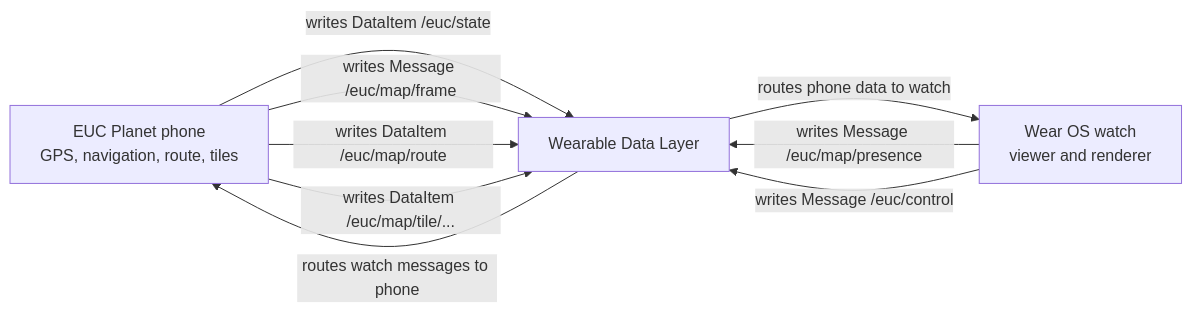
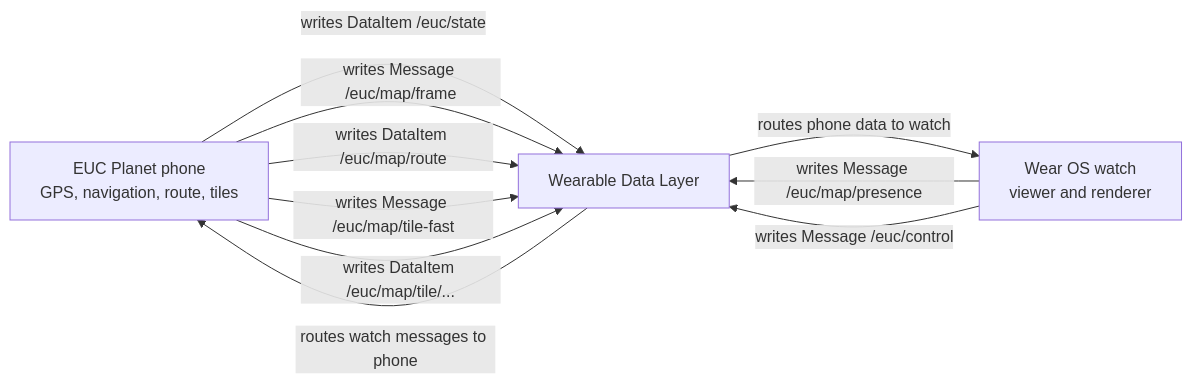
Before and after one commit to Amoenus/eucplanet: the diagram in docs/WEAR_OS_MAP.md, drawn with Mermaid. The commit also changed other lines of this file and 12 other files, not shown here.

Commit message:
fix(wear): optimize map tile delivery and projection

````diff
--- a/docs/WEAR_OS_MAP.md
+++ b/docs/WEAR_OS_MAP.md
@@ -10,15 +10,16 @@
 ```mermaid
 flowchart LR
     phone["EUC Planet phone<br/>GPS, navigation, route, tiles"]
     layer["Wearable Data Layer"]
     watch["Wear OS watch<br/>viewer and renderer"]
 
     phone -->|"writes DataItem /euc/state"| layer
     phone -->|"writes Message /euc/map/frame"| layer
     phone -->|"writes DataItem /euc/map/route"| layer
+    phone -->|"writes Message /euc/map/tile-fast"| layer
     phone -->|"writes DataItem /euc/map/tile/..."| layer
     layer -->|"routes phone data to watch"| watch
     watch -->|"writes Message /euc/map/presence"| layer
     watch -->|"writes Message /euc/control"| layer
     layer -->|"routes watch messages to phone"| phone
 ```
````
